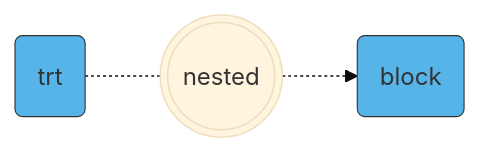
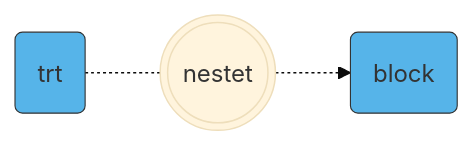
The sixth of 7 diagrams in experimental-design-advanced.qmd (jkruppa/jkruppa.github.io), drawn with Mermaid (base theme) before and after one commit. The commit also changed other lines of this file and 29 other files, not shown here.

````diff
--- a/experimental-design-advanced.qmd
+++ b/experimental-design-advanced.qmd
@@ -626,8 +647,8 @@
 ```{mermaid}
 %%| label: fig-mermaid-incomplete-2
 %%| fig-width: 6
 %%| fig-cap: "text"
 flowchart LR
-    C(trt):::factor -.- D(((nested))) -.-> E(block):::factor
+    C(trt):::factor -.- D(((nestet))) -.-> E(block):::factor
     classDef factor fill:#56B4E9,stroke:#333,stroke-width:0.75px
 ```
````
